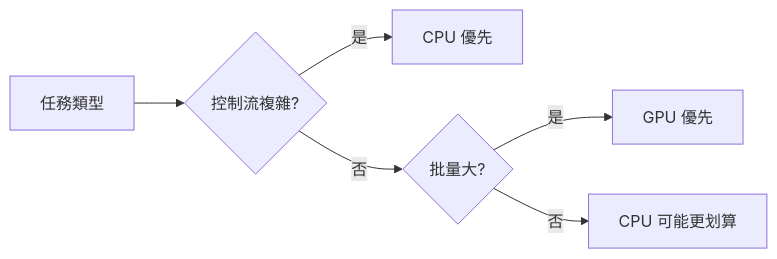
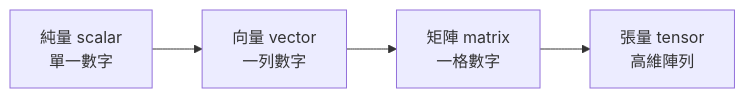
The diagram in src/content/posts/tech/2026-06-07-cpu-vs-gpu-vs-tpu.md (a920604a/engineernews), drawn with Mermaid before and after one commit. The commit also changed other lines of this file and 468 other files, not shown here.

````diff
--- a/src/content/posts/tech/2026-06-07-cpu-vs-gpu-vs-tpu.md
+++ b/src/content/posts/tech/2026-06-07-cpu-vs-gpu-vs-tpu.md
@@ -54,8 +70,6 @@
 ```mermaid
 graph LR
-    A[任務類型] --> B{控制流複雜?}
-    B -->|是| C[CPU 優先]
-    B -->|否| D{批量大?}
-    D -->|是| E[GPU 優先]
-    D -->|否| F[CPU 可能更划算]
+    A[純量 scalar<br/>單一數字] --> B[向量 vector<br/>一列數字]
+    B --> C[矩陣 matrix<br/>一格數字]
+    C --> D[張量 tensor<br/>高維陣列]
 ```
````
